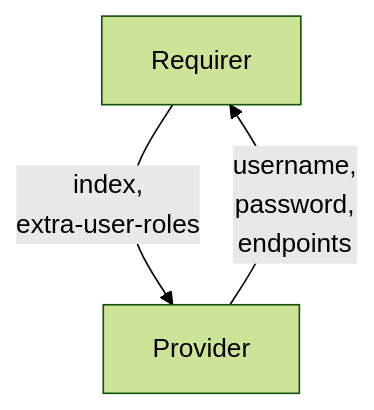
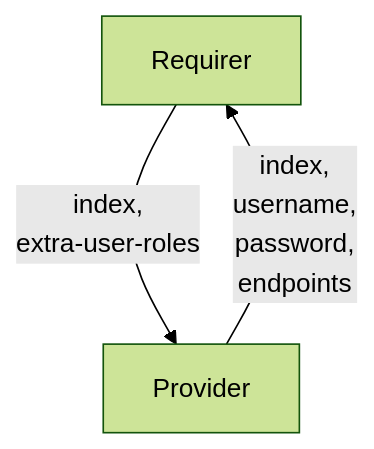
One commit to canonical/charm-relation-interfaces changed the diagram in interfaces/opensearch_client/v0/README.md. Above: the diagram before and after it, drawn with Mermaid (forest theme).

Commit message:
Add index field to mermaid flowchart

````diff
--- a/interfaces/opensearch_client/v0/README.md
+++ b/interfaces/opensearch_client/v0/README.md
@@ -11,5 +11,5 @@
 ```mermaid
 flowchart TD
     Requirer -- index, \nextra-user-roles --> Provider
-    Provider -- username, \npassword, \nendpoints --> Requirer
+    Provider -- index, \nusername, \npassword, \nendpoints --> Requirer
 ```
````
